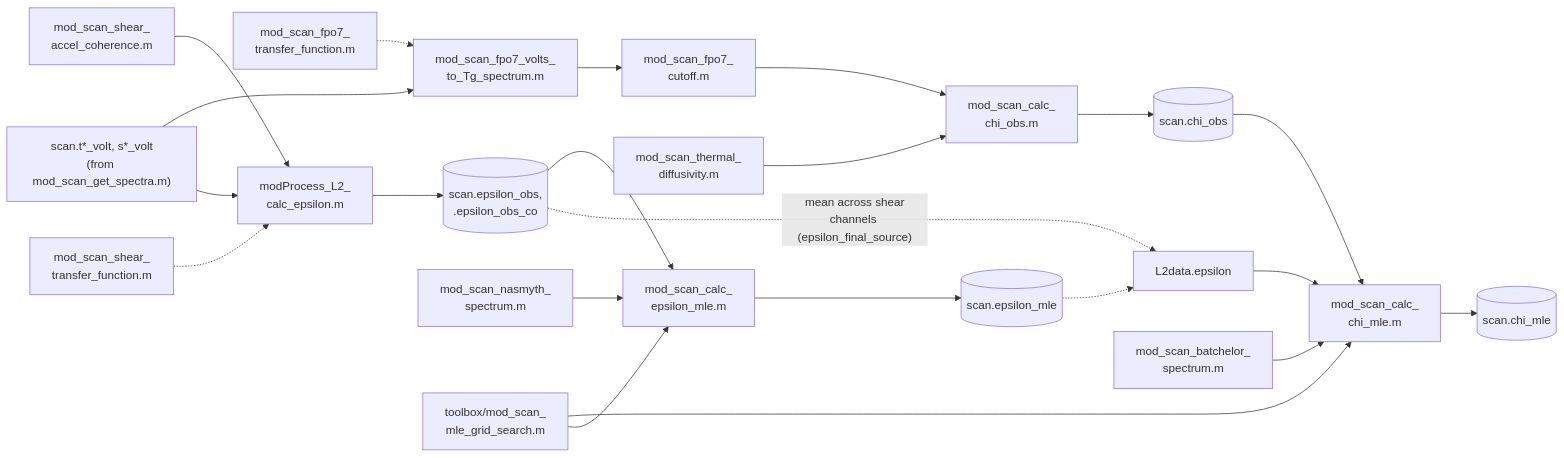
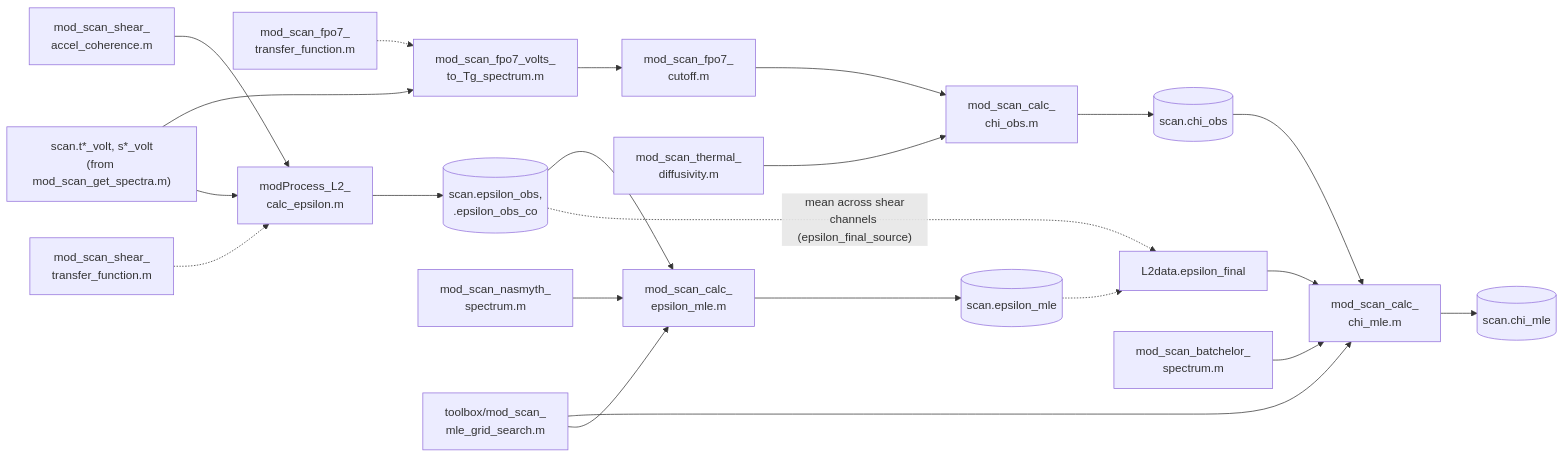
Before and after one commit to nicolecouto/MOD_fish_processing: the fourth of 4 diagrams in docs/workflow/pipeline_overview.md, drawn with Mermaid. The commit also changed other lines of this file and 927 other files, not shown here.

````diff
--- a/docs/workflow/pipeline_overview.md
+++ b/docs/workflow/pipeline_overview.md
@@ -170,26 +170,26 @@
 ```mermaid
 flowchart LR
   SPECIN["scan.t*_volt, s*_volt<br/>(from mod_scan_get_spectra.m)"] --> TG["mod_scan_fpo7_volts_<br/>to_Tg_spectrum.m"]
   XFER["mod_scan_fpo7_<br/>transfer_function.m"] -.-> TG
   TG --> CUTOFF["mod_scan_fpo7_<br/>cutoff.m"]
   CUTOFF --> CHIOBS["mod_scan_calc_<br/>chi_obs.m"]
   KT["mod_scan_thermal_<br/>diffusivity.m"] --> CHIOBS
   CHIOBS --> CHIOBSOUT[("scan.chi_obs")]
 
   SPECIN --> EPSPROC["modProcess_L2_<br/>calc_epsilon.m"]
   COH["mod_scan_shear_<br/>accel_coherence.m"] --> EPSPROC
   SHXFER["mod_scan_shear_<br/>transfer_function.m"] -.-> EPSPROC
   EPSPROC --> EPSOBS[("scan.epsilon_obs,<br/>.epsilon_obs_co")]
   NASM["mod_scan_nasmyth_<br/>spectrum.m"] --> EPSMLE["mod_scan_calc_<br/>epsilon_mle.m"]
   EPSOBS --> EPSMLE
   EPSMLE --> EPSMLEOUT[("scan.epsilon_mle")]
 
-  EPSOBS -.->|"mean across shear<br/>channels (epsilon_final_source)"| EPSFINAL["L2data.epsilon"]
+  EPSOBS -.->|"mean across shear<br/>channels (epsilon_final_source)"| EPSFINAL["L2data.epsilon_final"]
   EPSMLEOUT -.-> EPSFINAL
   EPSFINAL --> CHIMLE["mod_scan_calc_<br/>chi_mle.m"]
   CHIOBSOUT --> CHIMLE
   BATCH["mod_scan_batchelor_<br/>spectrum.m"] --> CHIMLE
   MLEGRID["toolbox/mod_scan_<br/>mle_grid_search.m"] --> CHIMLE
   MLEGRID --> EPSMLE
   CHIMLE --> CHIMLEOUT[("scan.chi_mle")]
 ```
````
